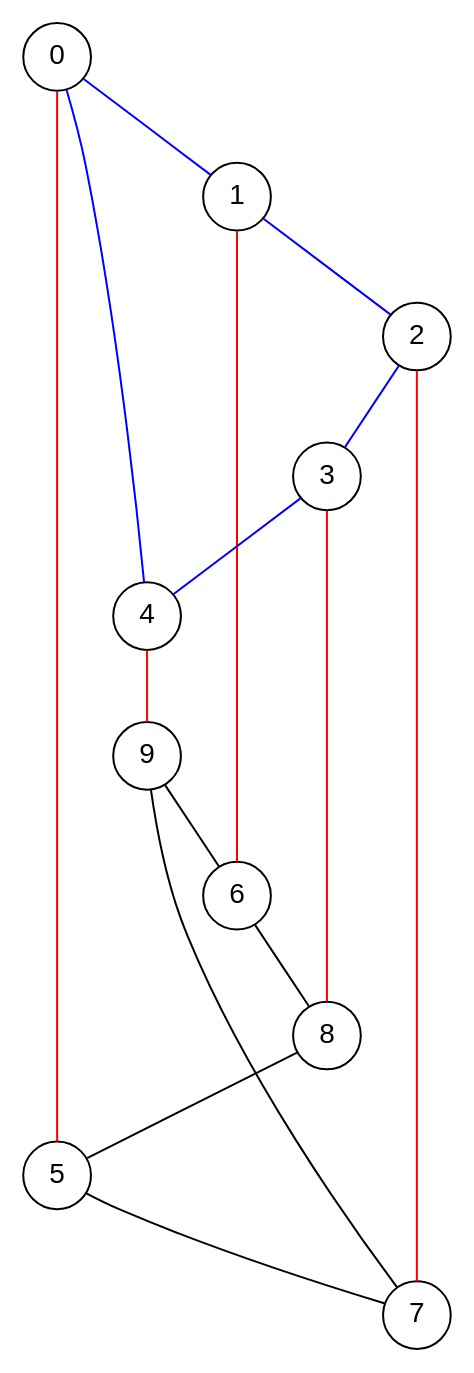
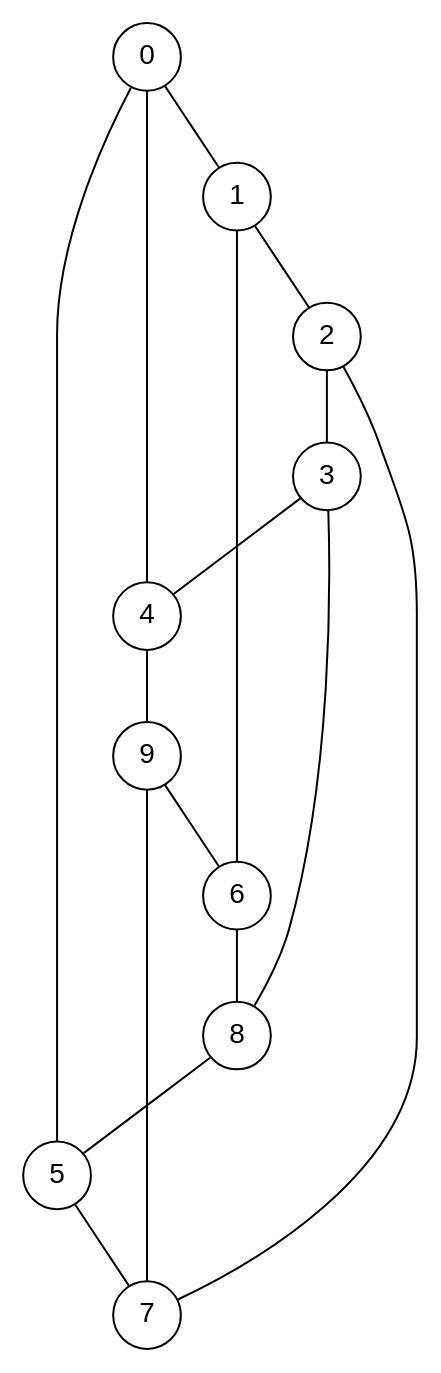
The diagram in examples/petersen.dot (dixego/k-coloring-z3py), drawn with Graphviz before and after one commit. The commit also changed 1 other file, not shown here.

```diff
--- a/examples/petersen.dot
+++ b/examples/petersen.dot
@@ -1,39 +1,21 @@
 graph "Petersen" {
 	node [
 		fontname = "Arial"
 		label = "\N"
 		shape = "circle"
 		width = "0.400000"
 		height = "0.400000"
 		color = "black"
 	]
 	edge [
 		color = "black"
 	]
 	/* Outer wheel. The len= is what makes it outer */
-	"0" -- "1" -- "2" -- "3" -- "4" -- "0" [
-		color = "blue"
-		len = 2.6
-	]
-	"0" -- "5" [
-		color = "red"
-		weight = "5"
-	]
-	"1" -- "6" [
-		color = "red"
-		weight = "5"
-	]
-	"2" -- "7" [
-		color = "red"
-		weight = "5"
-	]
-	"3" -- "8" [
-		color = "red"
-		weight = "5"
-	]
-	"4" -- "9" [
-		color = "red"
-		weight = "5"
-	]
+	"0" -- "1" -- "2" -- "3" -- "4" -- "0" 
+	"0" -- "5" 
+	"1" -- "6" 
+	"2" -- "7" 
+	"3" -- "8" 
+	"4" -- "9" 
 	"5" -- "7" -- "9" -- "6" -- "8" -- "5";
 }
```
